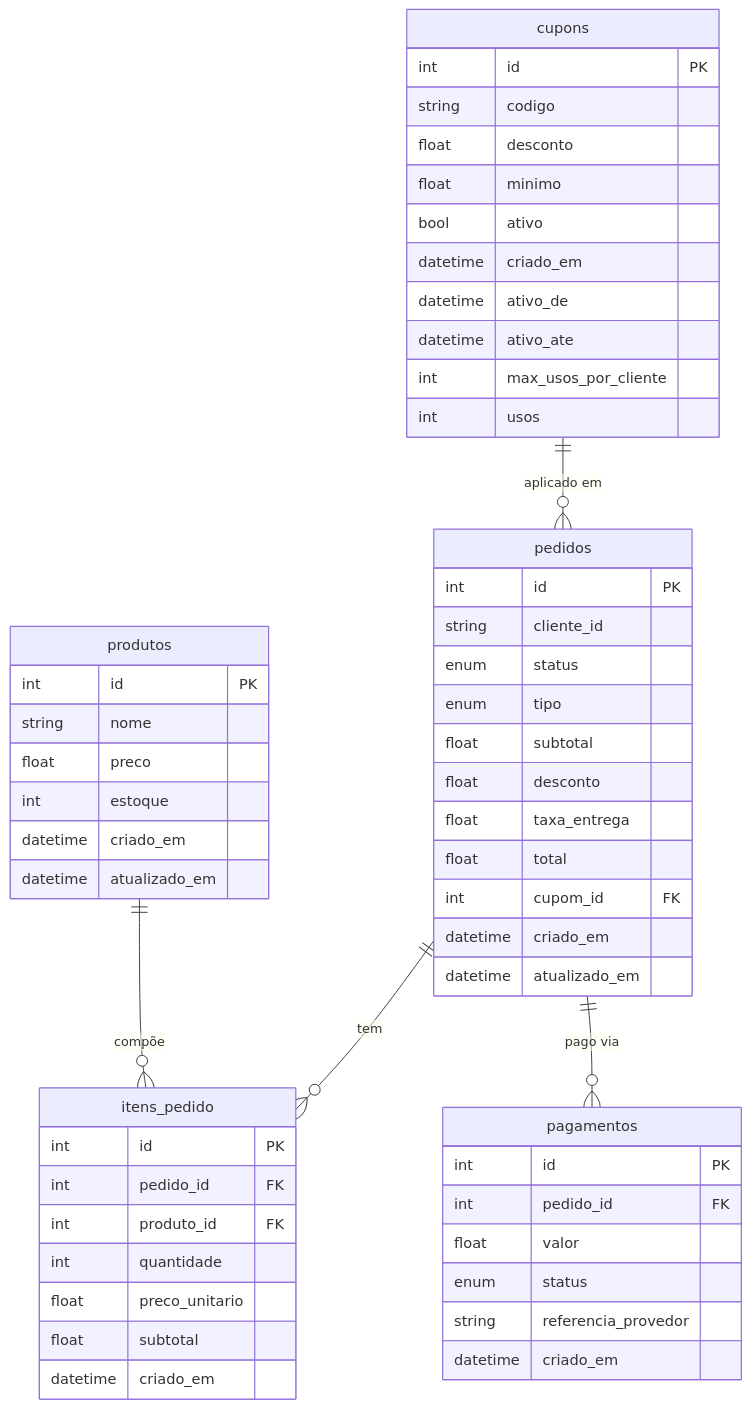
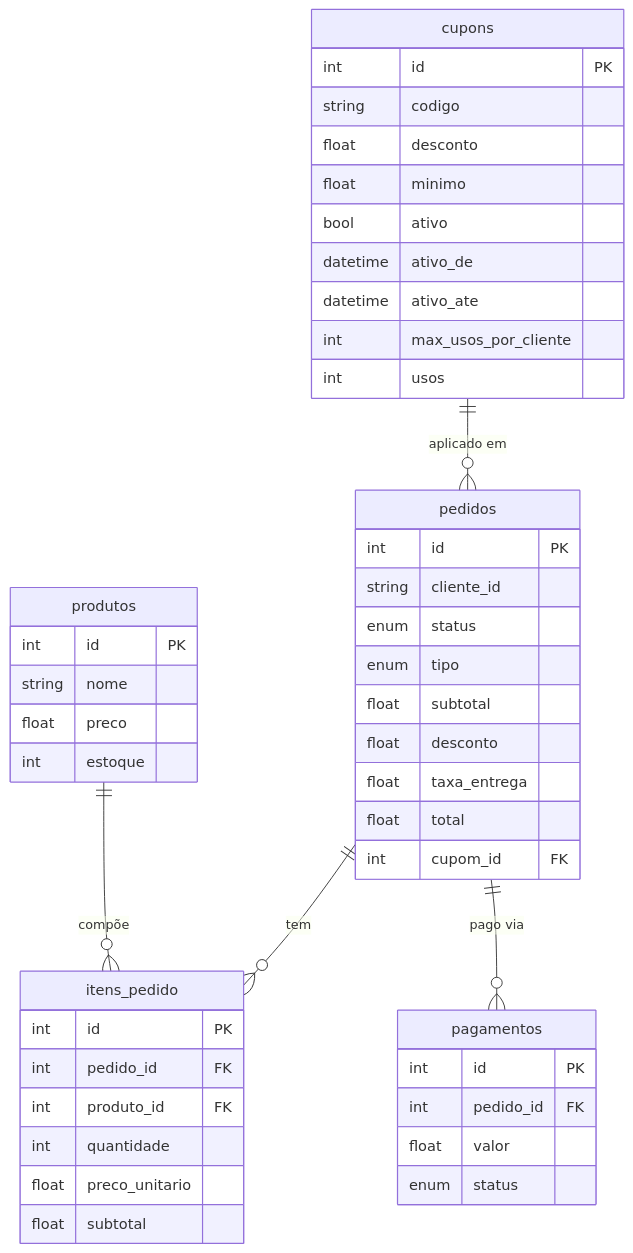
One commit to isabele7/cafeteria-order-system changed the diagram in README.md. Above: the diagram before and after it, drawn with Mermaid. The commit also changed other lines of this file, not shown here.

````diff
--- a/README.md
+++ b/README.md
@@ -19,62 +35,50 @@
 ```mermaid
 erDiagram
+    produtos ||--o{ itens_pedido : "compõe"
+    pedidos ||--o{ itens_pedido : "tem"
+    cupons ||--o{ pedidos : "aplicado em"
+    pedidos ||--o{ pagamentos : "pago via"
+
     produtos {
         int id PK
         string nome
         float preco
         int estoque
-        datetime criado_em
-        datetime atualizado_em
     }
-
     cupons {
         int id PK
         string codigo
         float desconto
         float minimo
         bool ativo
-        datetime criado_em
         datetime ativo_de
         datetime ativo_ate
         int max_usos_por_cliente
         int usos
     }
-
     pedidos {
         int id PK
         string cliente_id
         enum status
         enum tipo
         float subtotal
         float desconto
         float taxa_entrega
         float total
         int cupom_id FK
-        datetime criado_em
-        datetime atualizado_em
     }
-
     itens_pedido {
         int id PK
         int pedido_id FK
         int produto_id FK
         int quantidade
         float preco_unitario
         float subtotal
-        datetime criado_em
     }
-
     pagamentos {
         int id PK
         int pedido_id FK
         float valor
         enum status
-        string referencia_provedor
-        datetime criado_em
     }
-
-    pedidos ||--o{ itens_pedido : "tem"
-    produtos ||--o{ itens_pedido : "compõe"
-    cupons ||--o{ pedidos : "aplicado em"
-    pedidos ||--o{ pagamentos : "pago via"
 ```
````
